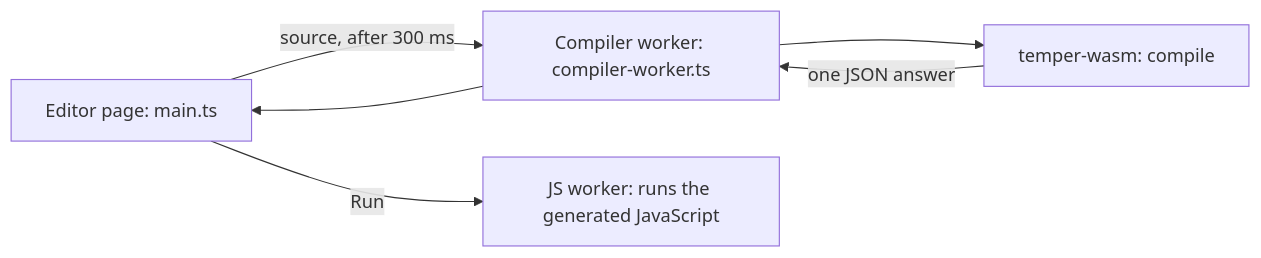
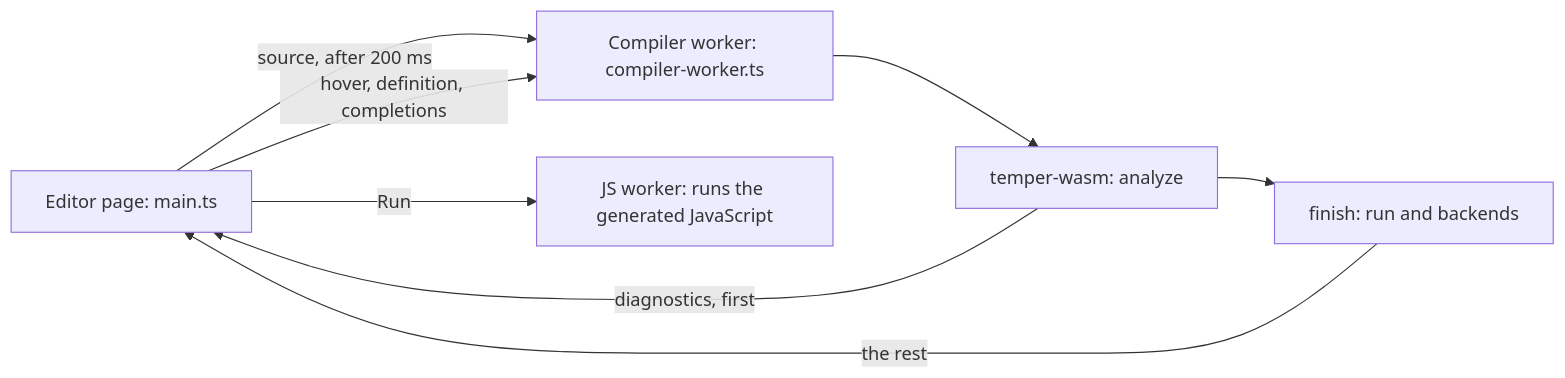
Before and after one commit to temperlang/tempest: the first of 2 diagrams in docs/internals/08-playground.md, drawn with Mermaid. The commit also changed other lines of this file and 9 other files, not shown here.

````diff
--- a/docs/internals/08-playground.md
+++ b/docs/internals/08-playground.md
@@ -9,8 +11,10 @@
 ```mermaid
 flowchart LR
-  editor["Editor page: main.ts"] -->|"source, after 300 ms"| worker["Compiler worker: compiler-worker.ts"]
-  worker --> wasm["temper-wasm: compile"]
-  wasm -->|"one JSON answer"| worker
-  worker --> editor
+  editor["Editor page: main.ts"] -->|"source, after 200 ms"| worker["Compiler worker: compiler-worker.ts"]
+  worker --> analyze["temper-wasm: analyze"]
+  analyze -->|"diagnostics, first"| editor
+  analyze --> finish["finish: run and backends"]
+  finish -->|"the rest"| editor
+  editor -->|"hover, definition, completions"| worker
   editor -->|"Run"| jsworker["JS worker: runs the generated JavaScript"]
 ```
````
